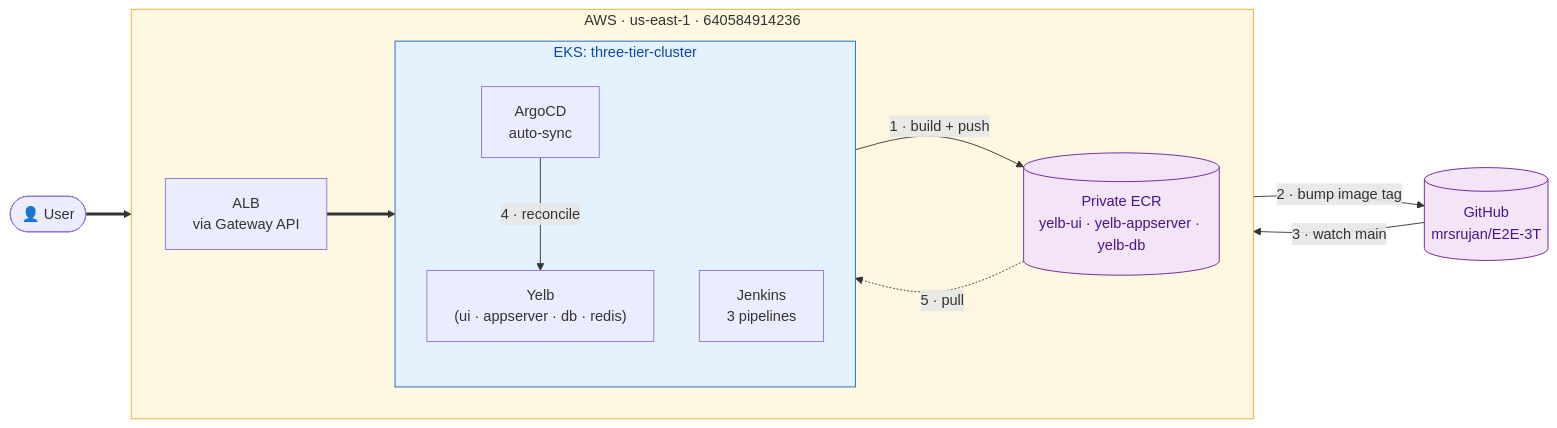
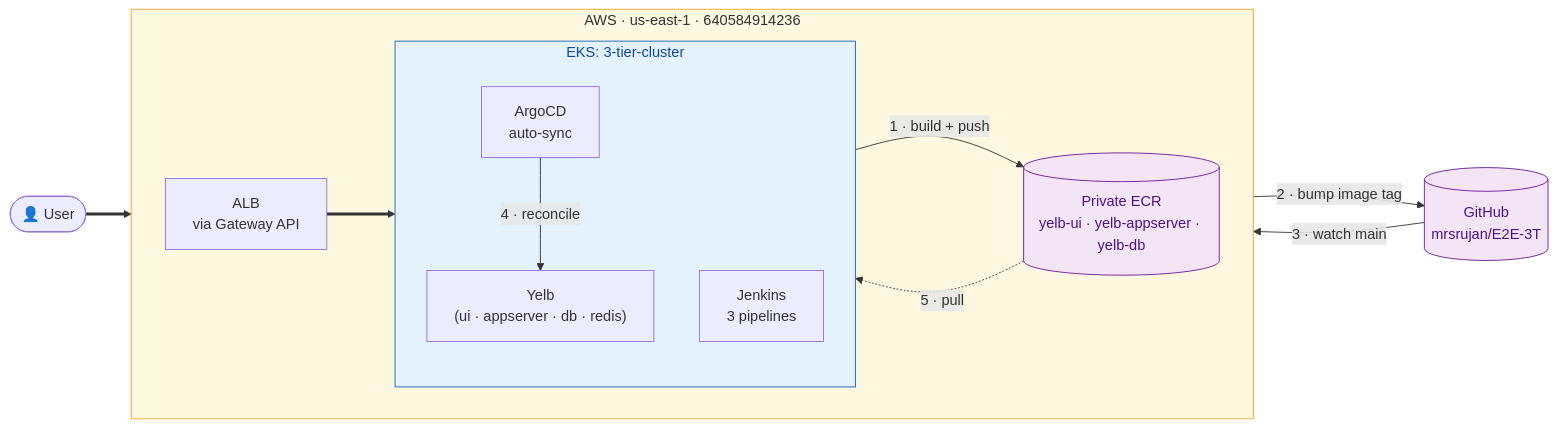
One commit to mrsrujan/E2E-3T changed the first of 2 diagrams in docs/architecture.md. Above: the diagram before and after it, drawn with Mermaid. The commit also changed other lines of this file and 26 other files, not shown here.

````diff
--- a/docs/architecture.md
+++ b/docs/architecture.md
@@ -20,32 +20,32 @@
 ```mermaid
 flowchart LR
     user([👤 User])
     gh[("GitHub<br/>mrsrujan/E2E-3T")]
 
     subgraph CLOUD["AWS · us-east-1 · 640584914236"]
         direction LR
         gw["ALB<br/>via Gateway API"]
         ecr[("Private ECR<br/>yelb-ui · yelb-appserver · yelb-db")]
 
-        subgraph EKS["EKS: three-tier-cluster"]
+        subgraph EKS["EKS: 3-tier-cluster"]
             direction TB
             yelb["Yelb<br/>(ui · appserver · db · redis)"]
             cd["ArgoCD<br/>auto-sync"]
             ci["Jenkins<br/>3 pipelines"]
         end
     end
 
     user ==> gw ==> yelb
     ci -- "1 · build + push" --> ecr
     ci -- "2 · bump image tag" --> gh
     gh -- "3 · watch main" --> cd
     cd -- "4 · reconcile" --> yelb
     ecr -. "5 · pull" .-> yelb
 
     classDef cloud fill:#fff8e1,stroke:#f9a825,color:#333
     classDef cluster fill:#e3f2fd,stroke:#1565c0,color:#0d47a1
     classDef store fill:#f3e5f5,stroke:#6a1b9a,color:#4a148c
     class CLOUD cloud
     class EKS cluster
     class ecr,gh store
 ```
````
